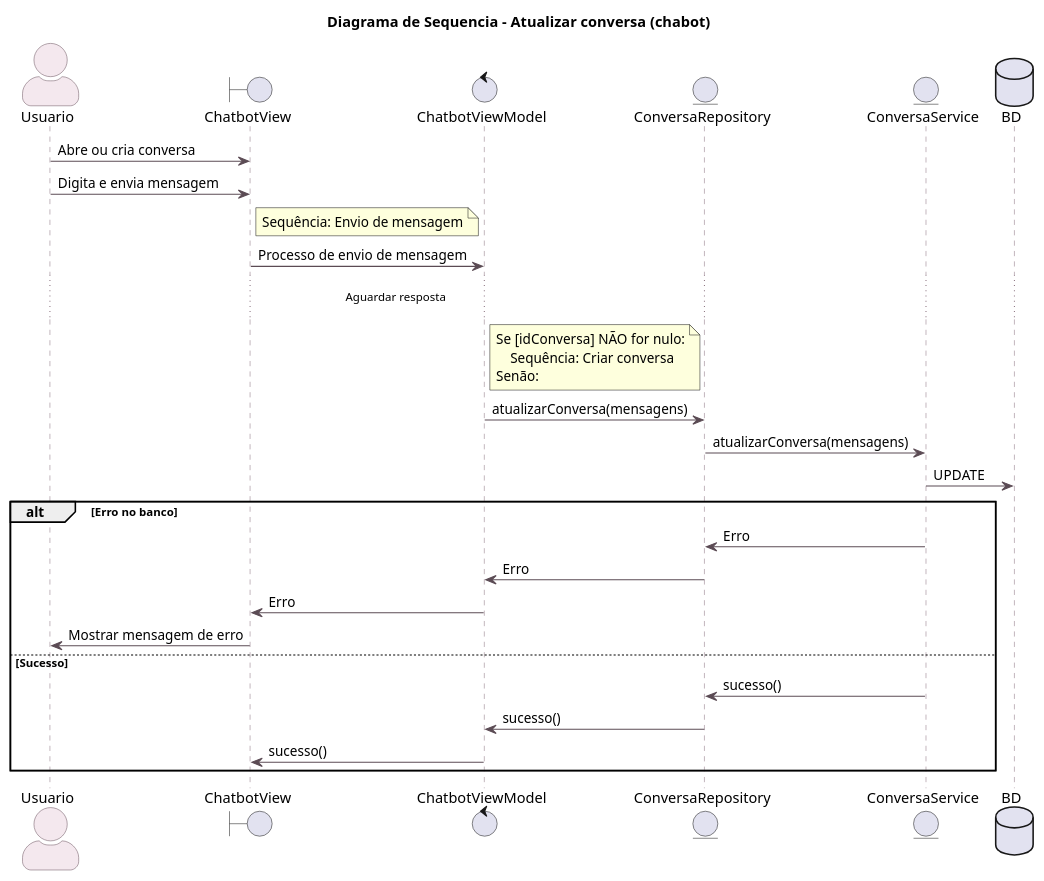
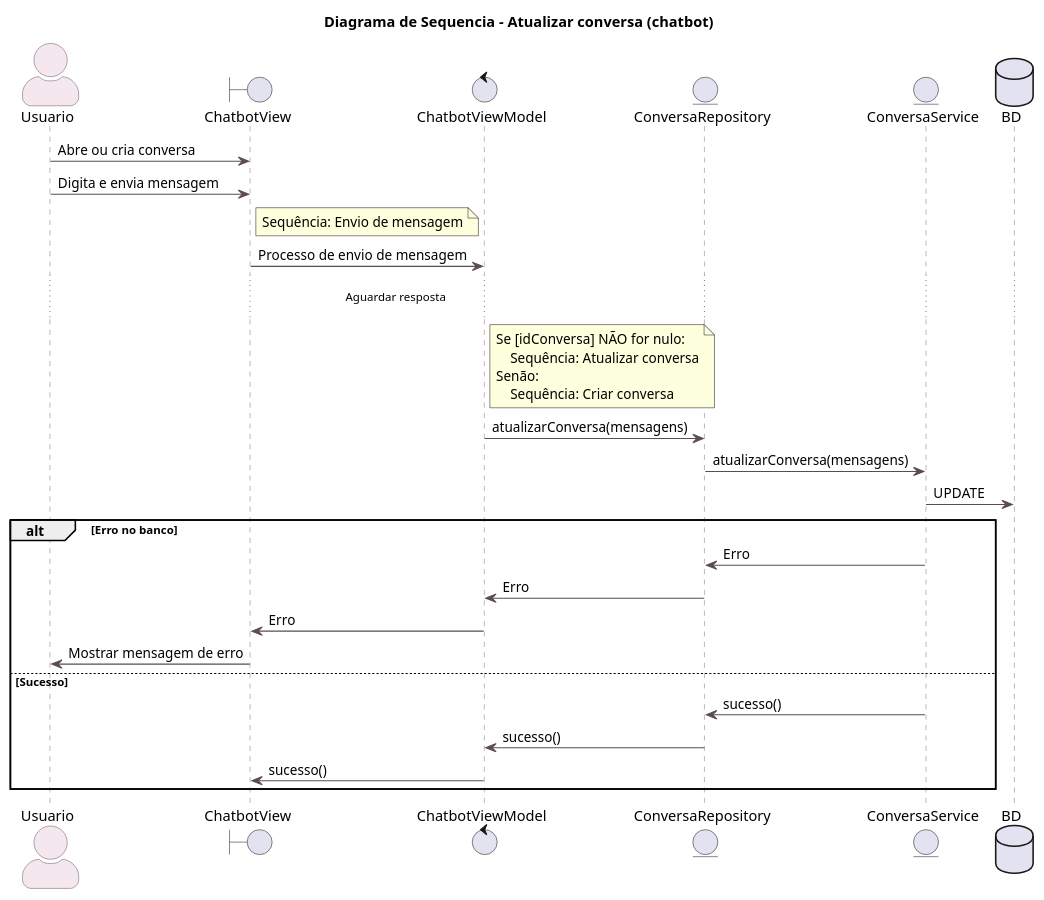
One commit to aspiringluke/Projeto-Integrado-Mobile changed the diagram in docs/casosUso/uml/diagrama_sequencia/seq_atualizar_conversa.puml. Above: the diagram before and after it, drawn with PlantUML. The commit also changed 31 other files, not shown here.

```diff
--- a/docs/casosUso/uml/diagrama_sequencia/seq_atualizar_conversa.puml
+++ b/docs/casosUso/uml/diagrama_sequencia/seq_atualizar_conversa.puml
@@ -1,53 +1,54 @@
 @startuml Diagrama de Sequencia - Atualizar conversa (chatbot)
 
-title Diagrama de Sequencia - Atualizar conversa (chabot)
+title Diagrama de Sequencia - Atualizar conversa (chatbot)
 
 skinparam backgroundColor white
 skinparam actorStyle awesome
 skinparam sequence {
     ArrowColor #5B4B54
     LifeLineBorderColor #8B7380
     LifeLineBackgroundColor #F8F2F5
     ParticipantBorderColor #8B7380
     ParticipantBackgroundColor #FDF7FA
     ActorBorderColor #6C5562
     ActorBackgroundColor #F4E8EE
 }
 
 actor Usuario as u
 
 boundary ChatbotView as cv
 control ChatbotViewModel as cvm
 entity ConversaRepository as cr
 entity ConversaService as cs
 database BD
 
 
 u -> cv : Abre ou cria conversa
 u -> cv : Digita e envia mensagem
 note right of cv
 Sequência: Envio de mensagem
 endnote
 cv -> cvm : Processo de envio de mensagem
 ' Por favor NÃO APAGUE o espaço em branco entre "resposta" e "..."
 ' Ele é necessário para centralizar corretamente o texto no diagrama
 ...Aguardar resposta                                                                                            ...
 note right of cvm
 Se [idConversa] NÃO for nulo:
+    Sequência: Atualizar conversa
+Senão:
     Sequência: Criar conversa
-Senão:
 endnote
 cvm -> cr : atualizarConversa(mensagens)
 cr -> cs : atualizarConversa(mensagens)
 cs -> BD : UPDATE
 alt Erro no banco
     cs -> cr : Erro
     cr -> cvm : Erro
     cvm -> cv : Erro
     cv -> u : Mostrar mensagem de erro
 else Sucesso
     cs -> cr : sucesso()
     cr -> cvm : sucesso()
     cvm -> cv : sucesso()
 end
 @enduml
```
